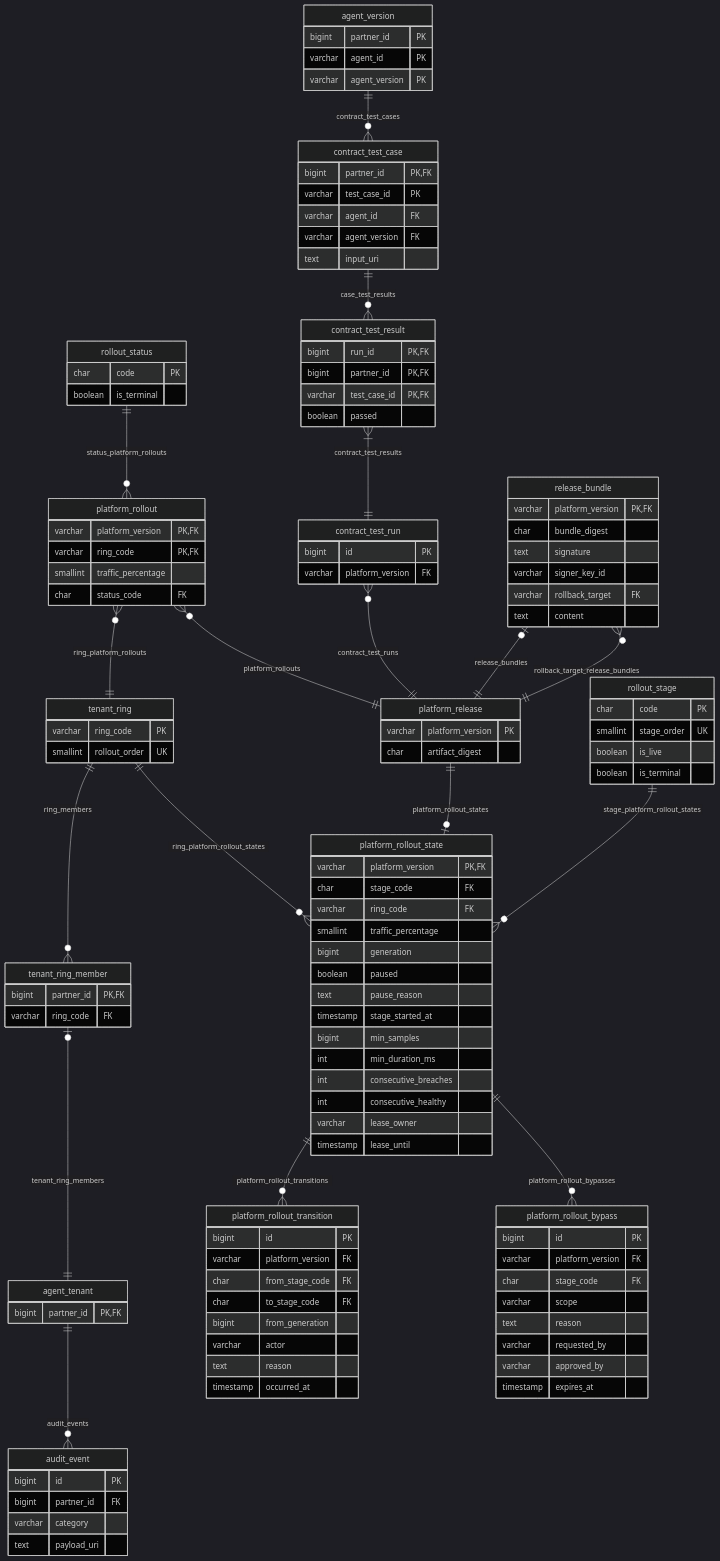
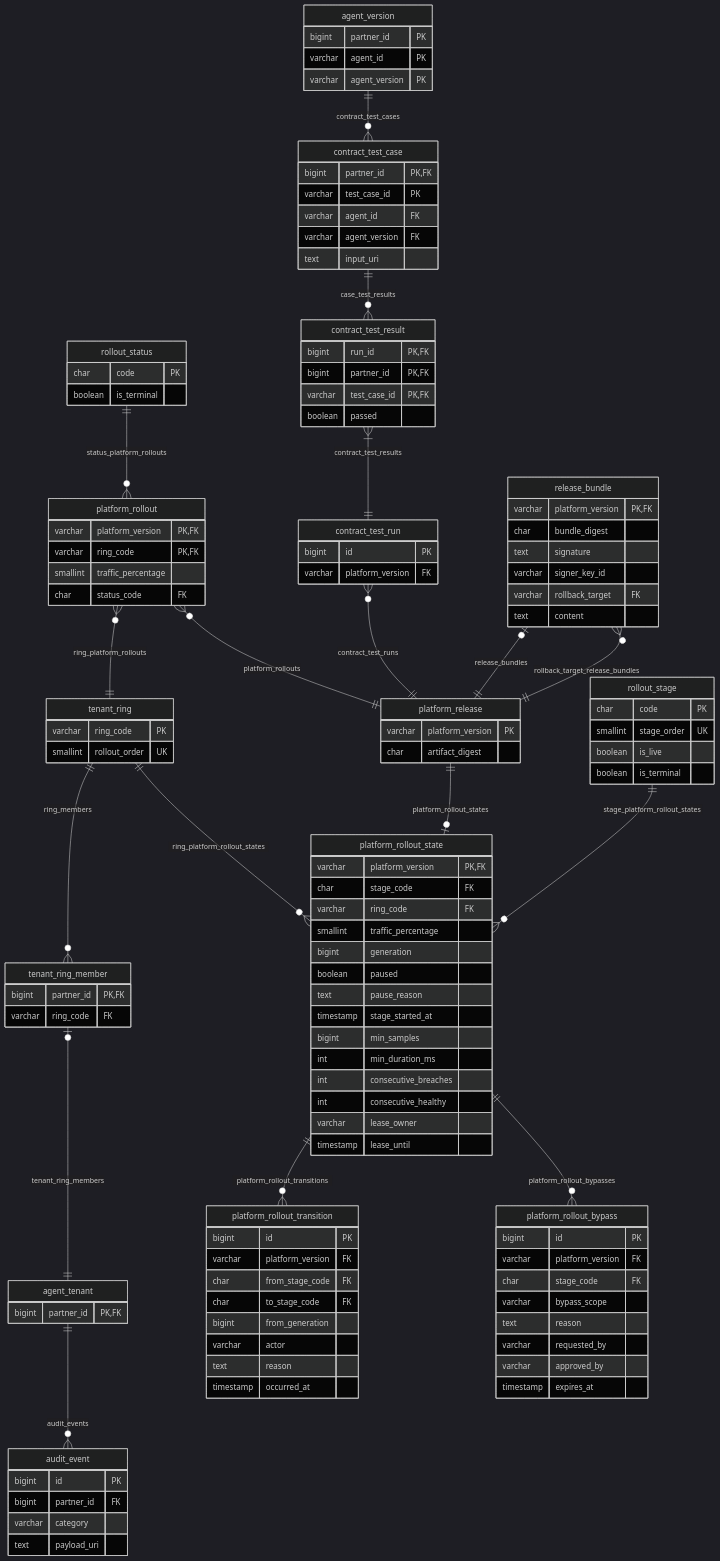
Diagram 20 of 24 in doc/database.md (nauticana/scout), drawn with Mermaid (dark theme) before and after one commit. The commit also changed other lines of this file and 84 other files, not shown here.

```diff
--- a/doc/database.md
+++ b/doc/database.md
@@ -2127,7 +2151,7 @@
         bigint id PK
         varchar platform_version FK
         char stage_code FK
-        varchar scope
+        varchar bypass_scope
         text reason
         varchar requested_by
         varchar approved_by
```
